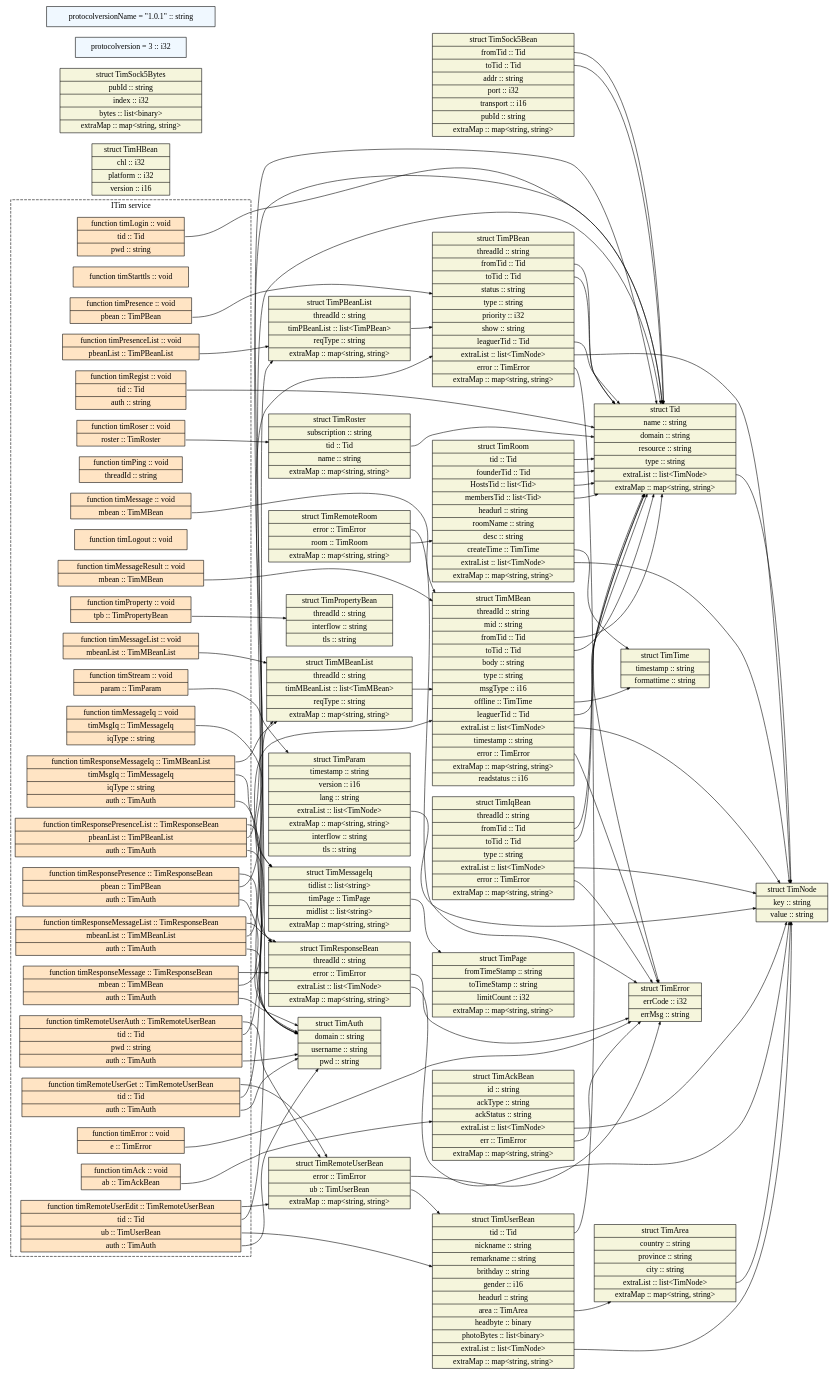
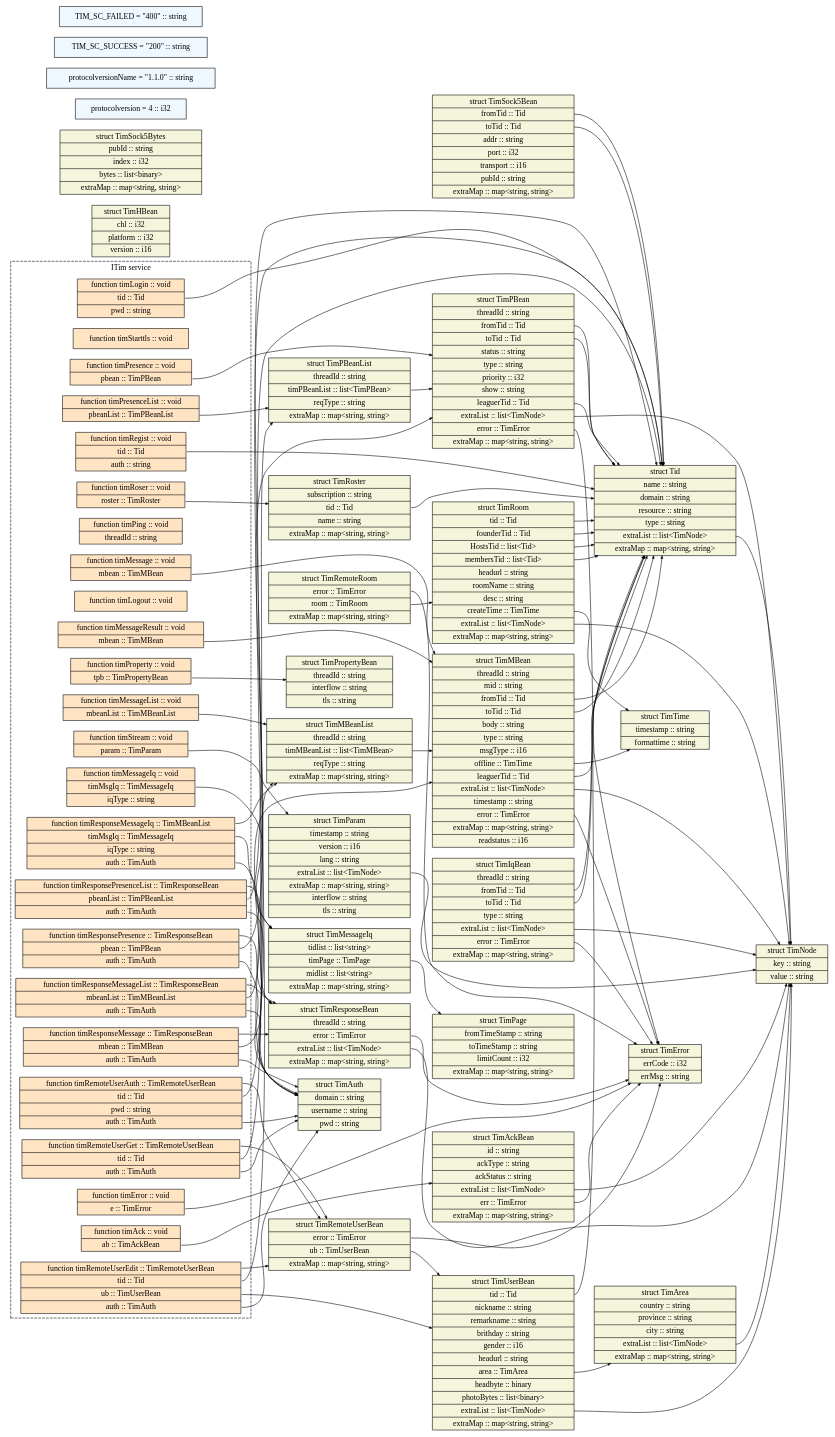
Before and after one commit to donnie4w/tim: the diagram in protocols/gen-gv/tim.gv, drawn with Graphviz. The commit also changed 46 other files, not shown here.

```diff
--- a/protocols/gen-gv/tim.gv
+++ b/protocols/gen-gv/tim.gv
@@ -1,167 +1,171 @@
 digraph "tim" {
 node [style=filled, shape=record];
 edge [arrowsize=0.5];
 rankdir=LR
 node [fillcolor=beige];
 TimError [label="struct TimError|<field_errCode>errCode :: i32|<field_errMsg>errMsg :: string"];
 node [fillcolor=beige];
 TimNode [label="struct TimNode|<field_key>key :: string|<field_value>value :: string"];
 node [fillcolor=beige];
 TimAckBean [label="struct TimAckBean|<field_id>id :: string|<field_ackType>ackType :: string|<field_ackStatus>ackStatus :: string|<field_extraList>extraList :: list\<TimNode\>|<field_err>err :: TimError|<field_extraMap>extraMap :: map\<string, string\>"];
 node [fillcolor=beige];
 TimHBean [label="struct TimHBean|<field_chl>chl :: i32|<field_platform>platform :: i32|<field_version>version :: i16"];
 node [fillcolor=beige];
 TimParam [label="struct TimParam|<field_timestamp>timestamp :: string|<field_version>version :: i16|<field_lang>lang :: string|<field_extraList>extraList :: list\<TimNode\>|<field_extraMap>extraMap :: map\<string, string\>|<field_interflow>interflow :: string|<field_tls>tls :: string"];
 node [fillcolor=beige];
 TimTime [label="struct TimTime|<field_timestamp>timestamp :: string|<field_formattime>formattime :: string"];
 node [fillcolor=beige];
 TimArea [label="struct TimArea|<field_country>country :: string|<field_province>province :: string|<field_city>city :: string|<field_extraList>extraList :: list\<TimNode\>|<field_extraMap>extraMap :: map\<string, string\>"];
 node [fillcolor=beige];
 Tid [label="struct Tid|<field_name>name :: string|<field_domain>domain :: string|<field_resource>resource :: string|<field_type>type :: string|<field_extraList>extraList :: list\<TimNode\>|<field_extraMap>extraMap :: map\<string, string\>"];
 node [fillcolor=beige];
 TimUserBean [label="struct TimUserBean|<field_tid>tid :: Tid|<field_nickname>nickname :: string|<field_remarkname>remarkname :: string|<field_brithday>brithday :: string|<field_gender>gender :: i16|<field_headurl>headurl :: string|<field_area>area :: TimArea|<field_headbyte>headbyte :: binary|<field_photoBytes>photoBytes :: list\<binary\>|<field_extraList>extraList :: list\<TimNode\>|<field_extraMap>extraMap :: map\<string, string\>"];
 node [fillcolor=beige];
 TimRoom [label="struct TimRoom|<field_tid>tid :: Tid|<field_founderTid>founderTid :: Tid|<field_HostsTid>HostsTid :: list\<Tid\>|<field_membersTid>membersTid :: list\<Tid\>|<field_headurl>headurl :: string|<field_roomName>roomName :: string|<field_desc>desc :: string|<field_createTime>createTime :: TimTime|<field_extraList>extraList :: list\<TimNode\>|<field_extraMap>extraMap :: map\<string, string\>"];
 node [fillcolor=beige];
 TimPBean [label="struct TimPBean|<field_threadId>threadId :: string|<field_fromTid>fromTid :: Tid|<field_toTid>toTid :: Tid|<field_status>status :: string|<field_type>type :: string|<field_priority>priority :: i32|<field_show>show :: string|<field_leaguerTid>leaguerTid :: Tid|<field_extraList>extraList :: list\<TimNode\>|<field_error>error :: TimError|<field_extraMap>extraMap :: map\<string, string\>"];
 node [fillcolor=beige];
 TimMBean [label="struct TimMBean|<field_threadId>threadId :: string|<field_mid>mid :: string|<field_fromTid>fromTid :: Tid|<field_toTid>toTid :: Tid|<field_body>body :: string|<field_type>type :: string|<field_msgType>msgType :: i16|<field_offline>offline :: TimTime|<field_leaguerTid>leaguerTid :: Tid|<field_extraList>extraList :: list\<TimNode\>|<field_timestamp>timestamp :: string|<field_error>error :: TimError|<field_extraMap>extraMap :: map\<string, string\>|<field_readstatus>readstatus :: i16"];
 node [fillcolor=beige];
 TimIqBean [label="struct TimIqBean|<field_threadId>threadId :: string|<field_fromTid>fromTid :: Tid|<field_toTid>toTid :: Tid|<field_type>type :: string|<field_extraList>extraList :: list\<TimNode\>|<field_error>error :: TimError|<field_extraMap>extraMap :: map\<string, string\>"];
 node [fillcolor=beige];
 TimRoster [label="struct TimRoster|<field_subscription>subscription :: string|<field_tid>tid :: Tid|<field_name>name :: string|<field_extraMap>extraMap :: map\<string, string\>"];
 node [fillcolor=beige];
 TimRemoteUserBean [label="struct TimRemoteUserBean|<field_error>error :: TimError|<field_ub>ub :: TimUserBean|<field_extraMap>extraMap :: map\<string, string\>"];
 node [fillcolor=beige];
 TimRemoteRoom [label="struct TimRemoteRoom|<field_error>error :: TimError|<field_room>room :: TimRoom|<field_extraMap>extraMap :: map\<string, string\>"];
 node [fillcolor=beige];
 TimResponseBean [label="struct TimResponseBean|<field_threadId>threadId :: string|<field_error>error :: TimError|<field_extraList>extraList :: list\<TimNode\>|<field_extraMap>extraMap :: map\<string, string\>"];
 node [fillcolor=beige];
 TimSock5Bean [label="struct TimSock5Bean|<field_fromTid>fromTid :: Tid|<field_toTid>toTid :: Tid|<field_addr>addr :: string|<field_port>port :: i32|<field_transport>transport :: i16|<field_pubId>pubId :: string|<field_extraMap>extraMap :: map\<string, string\>"];
 node [fillcolor=beige];
 TimSock5Bytes [label="struct TimSock5Bytes|<field_pubId>pubId :: string|<field_index>index :: i32|<field_bytes>bytes :: list\<binary\>|<field_extraMap>extraMap :: map\<string, string\>"];
 node [fillcolor=beige];
 TimPage [label="struct TimPage|<field_fromTimeStamp>fromTimeStamp :: string|<field_toTimeStamp>toTimeStamp :: string|<field_limitCount>limitCount :: i32|<field_extraMap>extraMap :: map\<string, string\>"];
 node [fillcolor=beige];
 TimMessageIq [label="struct TimMessageIq|<field_tidlist>tidlist :: list\<string\>|<field_timPage>timPage :: TimPage|<field_midlist>midlist :: list\<string\>|<field_extraMap>extraMap :: map\<string, string\>"];
 node [fillcolor=beige];
 TimAuth [label="struct TimAuth|<field_domain>domain :: string|<field_username>username :: string|<field_pwd>pwd :: string"];
 node [fillcolor=beige];
 TimMBeanList [label="struct TimMBeanList|<field_threadId>threadId :: string|<field_timMBeanList>timMBeanList :: list\<TimMBean\>|<field_reqType>reqType :: string|<field_extraMap>extraMap :: map\<string, string\>"];
 node [fillcolor=beige];
 TimPBeanList [label="struct TimPBeanList|<field_threadId>threadId :: string|<field_timPBeanList>timPBeanList :: list\<TimPBean\>|<field_reqType>reqType :: string|<field_extraMap>extraMap :: map\<string, string\>"];
 node [fillcolor=beige];
 TimPropertyBean [label="struct TimPropertyBean|<field_threadId>threadId :: string|<field_interflow>interflow :: string|<field_tls>tls :: string"];
 node [fillcolor=aliceblue];
-const_protocolversion [label="protocolversion = 3 :: i32"];
+const_protocolversion [label="protocolversion = 4 :: i32"];
 node [fillcolor=aliceblue];
-const_protocolversionName [label="protocolversionName = \"1.0.1\" :: string"];
+const_protocolversionName [label="protocolversionName = \"1.1.0\" :: string"];
+node [fillcolor=aliceblue];
+const_TIM_SC_SUCCESS [label="TIM_SC_SUCCESS = \"200\" :: string"];
+node [fillcolor=aliceblue];
+const_TIM_SC_FAILED [label="TIM_SC_FAILED = \"400\" :: string"];
 subgraph cluster_ITim {
 node [fillcolor=bisque];
 style=dashed;
 label = "ITim service";
 function_ITimtimStream[label="<return_type>function timStream :: void|<param_param>param :: TimParam"];
 function_ITimtimStarttls[label="<return_type>function timStarttls :: void"];
 function_ITimtimLogin[label="<return_type>function timLogin :: void|<param_tid>tid :: Tid|<param_pwd>pwd :: string"];
 function_ITimtimAck[label="<return_type>function timAck :: void|<param_ab>ab :: TimAckBean"];
 function_ITimtimPresence[label="<return_type>function timPresence :: void|<param_pbean>pbean :: TimPBean"];
 function_ITimtimMessage[label="<return_type>function timMessage :: void|<param_mbean>mbean :: TimMBean"];
 function_ITimtimPing[label="<return_type>function timPing :: void|<param_threadId>threadId :: string"];
 function_ITimtimError[label="<return_type>function timError :: void|<param_e>e :: TimError"];
 function_ITimtimLogout[label="<return_type>function timLogout :: void"];
 function_ITimtimRegist[label="<return_type>function timRegist :: void|<param_tid>tid :: Tid|<param_auth>auth :: string"];
 function_ITimtimRoser[label="<return_type>function timRoser :: void|<param_roster>roster :: TimRoster"];
 function_ITimtimMessageList[label="<return_type>function timMessageList :: void|<param_mbeanList>mbeanList :: TimMBeanList"];
 function_ITimtimPresenceList[label="<return_type>function timPresenceList :: void|<param_pbeanList>pbeanList :: TimPBeanList"];
 function_ITimtimMessageIq[label="<return_type>function timMessageIq :: void|<param_timMsgIq>timMsgIq :: TimMessageIq|<param_iqType>iqType :: string"];
 function_ITimtimMessageResult[label="<return_type>function timMessageResult :: void|<param_mbean>mbean :: TimMBean"];
 function_ITimtimProperty[label="<return_type>function timProperty :: void|<param_tpb>tpb :: TimPropertyBean"];
 function_ITimtimRemoteUserAuth[label="<return_type>function timRemoteUserAuth :: TimRemoteUserBean|<param_tid>tid :: Tid|<param_pwd>pwd :: string|<param_auth>auth :: TimAuth"];
 function_ITimtimRemoteUserGet[label="<return_type>function timRemoteUserGet :: TimRemoteUserBean|<param_tid>tid :: Tid|<param_auth>auth :: TimAuth"];
 function_ITimtimRemoteUserEdit[label="<return_type>function timRemoteUserEdit :: TimRemoteUserBean|<param_tid>tid :: Tid|<param_ub>ub :: TimUserBean|<param_auth>auth :: TimAuth"];
 function_ITimtimResponsePresence[label="<return_type>function timResponsePresence :: TimResponseBean|<param_pbean>pbean :: TimPBean|<param_auth>auth :: TimAuth"];
 function_ITimtimResponseMessage[label="<return_type>function timResponseMessage :: TimResponseBean|<param_mbean>mbean :: TimMBean|<param_auth>auth :: TimAuth"];
 function_ITimtimResponseMessageIq[label="<return_type>function timResponseMessageIq :: TimMBeanList|<param_timMsgIq>timMsgIq :: TimMessageIq|<param_iqType>iqType :: string|<param_auth>auth :: TimAuth"];
 function_ITimtimResponsePresenceList[label="<return_type>function timResponsePresenceList :: TimResponseBean|<param_pbeanList>pbeanList :: TimPBeanList|<param_auth>auth :: TimAuth"];
 function_ITimtimResponseMessageList[label="<return_type>function timResponseMessageList :: TimResponseBean|<param_mbeanList>mbeanList :: TimMBeanList|<param_auth>auth :: TimAuth"];
  }
 TimAckBean:field_extraList -> TimNode
 TimAckBean:field_err -> TimError
 TimParam:field_extraList -> TimNode
 TimArea:field_extraList -> TimNode
 Tid:field_extraList -> TimNode
 TimUserBean:field_tid -> Tid
 TimUserBean:field_area -> TimArea
 TimUserBean:field_extraList -> TimNode
 TimRoom:field_tid -> Tid
 TimRoom:field_founderTid -> Tid
 TimRoom:field_HostsTid -> Tid
 TimRoom:field_membersTid -> Tid
 TimRoom:field_createTime -> TimTime
 TimRoom:field_extraList -> TimNode
 TimPBean:field_fromTid -> Tid
 TimPBean:field_toTid -> Tid
 TimPBean:field_leaguerTid -> Tid
 TimPBean:field_extraList -> TimNode
 TimPBean:field_error -> TimError
 TimMBean:field_fromTid -> Tid
 TimMBean:field_toTid -> Tid
 TimMBean:field_offline -> TimTime
 TimMBean:field_leaguerTid -> Tid
 TimMBean:field_extraList -> TimNode
 TimMBean:field_error -> TimError
 TimIqBean:field_fromTid -> Tid
 TimIqBean:field_toTid -> Tid
 TimIqBean:field_extraList -> TimNode
 TimIqBean:field_error -> TimError
 TimRoster:field_tid -> Tid
 TimRemoteUserBean:field_error -> TimError
 TimRemoteUserBean:field_ub -> TimUserBean
 TimRemoteRoom:field_error -> TimError
 TimRemoteRoom:field_room -> TimRoom
 TimResponseBean:field_error -> TimError
 TimResponseBean:field_extraList -> TimNode
 TimSock5Bean:field_fromTid -> Tid
 TimSock5Bean:field_toTid -> Tid
 TimMessageIq:field_timPage -> TimPage
 TimMBeanList:field_timMBeanList -> TimMBean
 TimPBeanList:field_timPBeanList -> TimPBean
 function_ITimtimStream:param_param -> TimParam
 function_ITimtimLogin:param_tid -> Tid
 function_ITimtimAck:param_ab -> TimAckBean
 function_ITimtimPresence:param_pbean -> TimPBean
 function_ITimtimMessage:param_mbean -> TimMBean
 function_ITimtimError:param_e -> TimError
 function_ITimtimRegist:param_tid -> Tid
 function_ITimtimRoser:param_roster -> TimRoster
 function_ITimtimMessageList:param_mbeanList -> TimMBeanList
 function_ITimtimPresenceList:param_pbeanList -> TimPBeanList
 function_ITimtimMessageIq:param_timMsgIq -> TimMessageIq
 function_ITimtimMessageResult:param_mbean -> TimMBean
 function_ITimtimProperty:param_tpb -> TimPropertyBean
 function_ITimtimRemoteUserAuth:return_type -> TimRemoteUserBean
 function_ITimtimRemoteUserAuth:param_tid -> Tid
 function_ITimtimRemoteUserAuth:param_auth -> TimAuth
 function_ITimtimRemoteUserGet:return_type -> TimRemoteUserBean
 function_ITimtimRemoteUserGet:param_tid -> Tid
 function_ITimtimRemoteUserGet:param_auth -> TimAuth
 function_ITimtimRemoteUserEdit:return_type -> TimRemoteUserBean
 function_ITimtimRemoteUserEdit:param_tid -> Tid
 function_ITimtimRemoteUserEdit:param_ub -> TimUserBean
 function_ITimtimRemoteUserEdit:param_auth -> TimAuth
 function_ITimtimResponsePresence:return_type -> TimResponseBean
 function_ITimtimResponsePresence:param_pbean -> TimPBean
 function_ITimtimResponsePresence:param_auth -> TimAuth
 function_ITimtimResponseMessage:return_type -> TimResponseBean
 function_ITimtimResponseMessage:param_mbean -> TimMBean
 function_ITimtimResponseMessage:param_auth -> TimAuth
 function_ITimtimResponseMessageIq:return_type -> TimMBeanList
 function_ITimtimResponseMessageIq:param_timMsgIq -> TimMessageIq
 function_ITimtimResponseMessageIq:param_auth -> TimAuth
 function_ITimtimResponsePresenceList:return_type -> TimResponseBean
 function_ITimtimResponsePresenceList:param_pbeanList -> TimPBeanList
 function_ITimtimResponsePresenceList:param_auth -> TimAuth
 function_ITimtimResponseMessageList:return_type -> TimResponseBean
 function_ITimtimResponseMessageList:param_mbeanList -> TimMBeanList
 function_ITimtimResponseMessageList:param_auth -> TimAuth
 }
```
